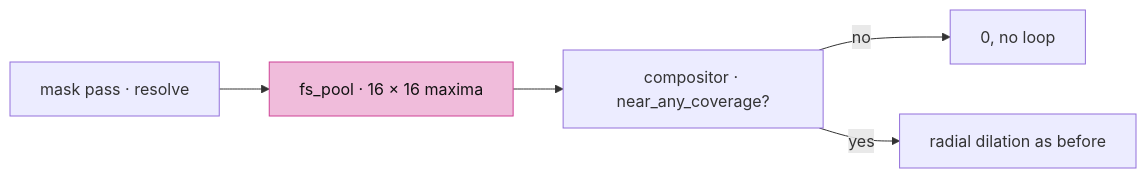
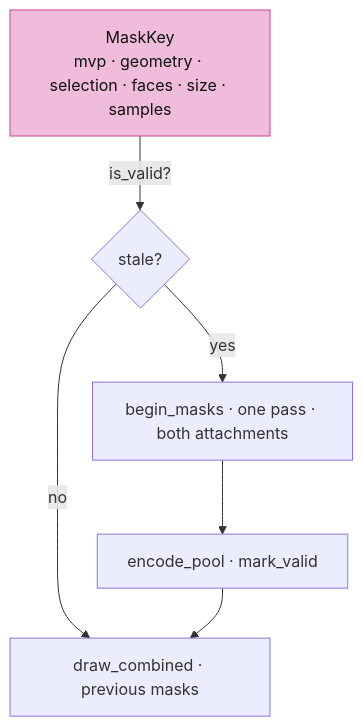
Diagram 14 of 14 in session_viewer/docs/18-finite-visibility.md (petrasvestartas/session), drawn with Mermaid before and after one commit. The commit also changed other lines of this file and 34 other files, not shown here.

First line of the commit message:
Course: each lesson teaches its file's final form; diagrams fit the column

````diff
--- a/session_viewer/docs/18-finite-visibility.md
+++ b/session_viewer/docs/18-finite-visibility.md
@@ -439,8 +309,9 @@
 ```mermaid
-flowchart LR
-    M["mask pass · resolve"] --> P["fs_pool · 16 × 16 maxima"]
-    P --> C["compositor · near_any_coverage?"]
-    C -- "no" --> Z["0, no loop"]
-    C -- "yes" --> L["radial dilation as before"]
-    style P fill:#f0bcdb,stroke:#ce4095,color:#111
+flowchart TB
+    K["MaskKey<br/>mvp · geometry · selection · faces · size · samples"] -- "is_valid?" --> S{"stale?"}
+    S -- no --> R["draw_combined · previous masks"]
+    S -- yes --> P["begin_masks · one pass · both attachments"]
+    P --> Q["encode_pool · mark_valid"]
+    Q --> R
+    style K fill:#f0bcdb,stroke:#ce4095,color:#111
 ```
````
